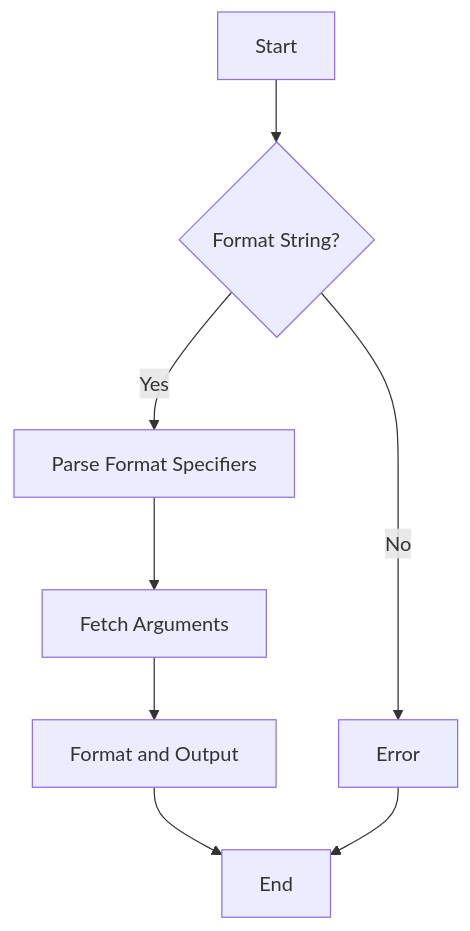
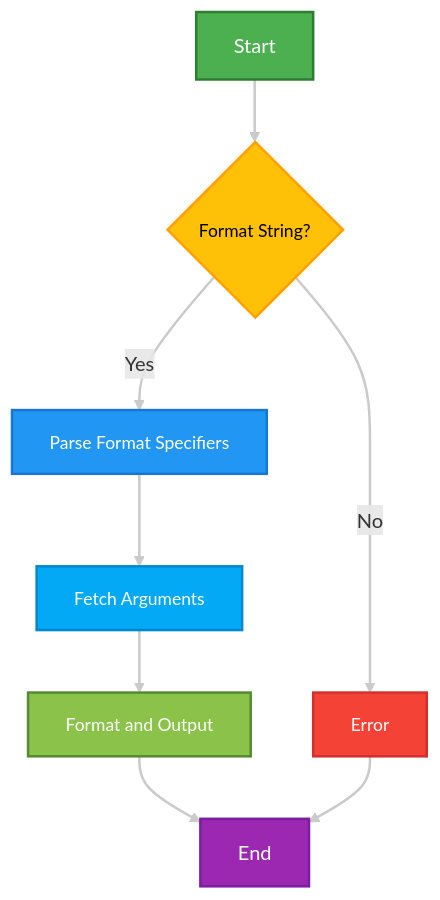
One commit to infoyouth/infoyouth.github.io changed the second of 6 diagrams in _posts/2024-11-25-c-input-and-output.md. Above: the diagram before and after it, drawn with Mermaid. The commit also changed other lines of this file and 1 other file, not shown here.

````diff
--- a/_posts/2024-11-25-c-input-and-output.md
+++ b/_posts/2024-11-25-c-input-and-output.md
@@ -188,10 +218,21 @@
 ```mermaid
 graph TD
-    A[Start] --> B{Format String?};
-    B -- Yes --> C[Parse Format Specifiers];
-    C --> D[Fetch Arguments];
-    D --> E[Format and Output];
-    E --> F[End];
-    B -- No --> G[Error];
-    G --> F;
+    A[Start] --> B{Format String?}
+    B -- Yes --> C[Parse Format Specifiers]
+    C --> D[Fetch Arguments]
+    D --> E[Format and Output]
+    E --> F[End]
+    B -- No --> G[Error]
+    G --> F
+
+    style A fill:#4CAF50,stroke:#2E7D32,stroke-width:2px,color:#FFFFFF,font-size:16px
+    style B fill:#FFC107,stroke:#FFA000,stroke-width:2px,color:#000000,font-size:14px
+    style C fill:#2196F3,stroke:#1976D2,stroke-width:2px,color:#FFFFFF,font-size:14px
+    style D fill:#03A9F4,stroke:#0288D1,stroke-width:2px,color:#FFFFFF,font-size:14px
+    style E fill:#8BC34A,stroke:#558B2F,stroke-width:2px,color:#FFFFFF,font-size:14px
+    style F fill:#9C27B0,stroke:#7B1FA2,stroke-width:2px,color:#FFFFFF,font-size:16px
+    style G fill:#F44336,stroke:#D32F2F,stroke-width:2px,color:#FFFFFF,font-size:14px
+
+    linkStyle default stroke:#BDBDBD,stroke-width:2px,opacity:0.8
+
 ```
````
